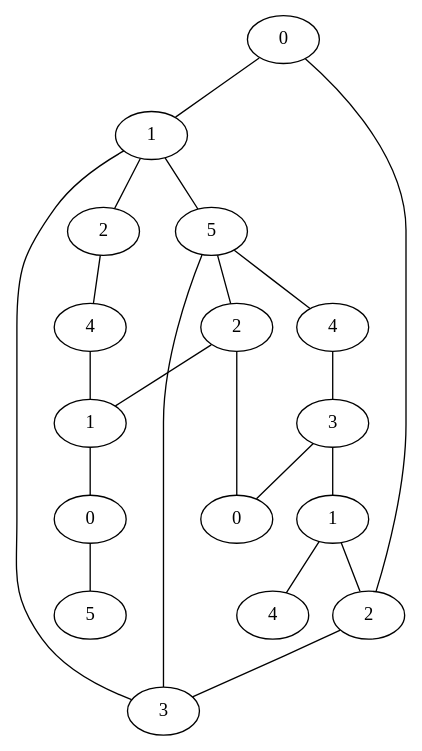
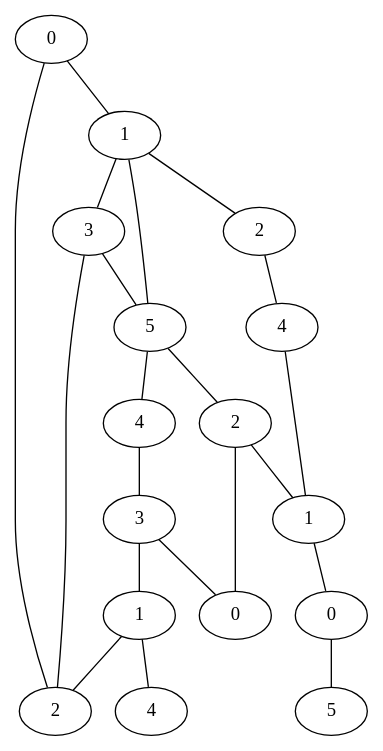
The diagram in Linguistic_representation_of_deterministic_graphs/outputData/simple.dot (NickIT87/IAMM_proceedings), drawn with Graphviz before and after one commit. The commit also changed 8 other files, not shown here.

```diff
--- a/Linguistic_representation_of_deterministic_graphs/outputData/simple.dot
+++ b/Linguistic_representation_of_deterministic_graphs/outputData/simple.dot
@@ -1,38 +1,38 @@
 strict graph {
 0 [label=0];
 1 [label=1];
-2 [label=2];
-6 [label=4];
-9 [label=5];
-10 [label=4];
-11 [label=3];
-12 [label=1];
+2 [label=3];
+3 [label=5];
+7 [label=4];
+8 [label=3];
+9 [label=1];
+10 [label=2];
 13 [label=2];
-14 [label=3];
-19 [label=2];
-25 [label=0];
-27 [label=1];
-51 [label=4];
-87 [label=0];
-105 [label=5];
+14 [label=0];
+22 [label=2];
+23 [label=4];
+24 [label=1];
+57 [label=4];
+62 [label=0];
+63 [label=5];
 0 -- 1;
-0 -- 13;
+0 -- 10;
 1 -- 2;
-1 -- 14;
-1 -- 9;
-2 -- 6;
-6 -- 27;
+1 -- 3;
+1 -- 22;
+2 -- 3;
+2 -- 10;
+3 -- 7;
+3 -- 13;
+7 -- 8;
+8 -- 9;
+8 -- 14;
 9 -- 10;
-9 -- 19;
-9 -- 14;
-10 -- 11;
-11 -- 12;
-11 -- 25;
-12 -- 13;
-12 -- 51;
+9 -- 57;
 13 -- 14;
-19 -- 25;
-19 -- 27;
-27 -- 87;
-87 -- 105;
+13 -- 24;
+22 -- 23;
+23 -- 24;
+24 -- 62;
+62 -- 63;
 }
```
